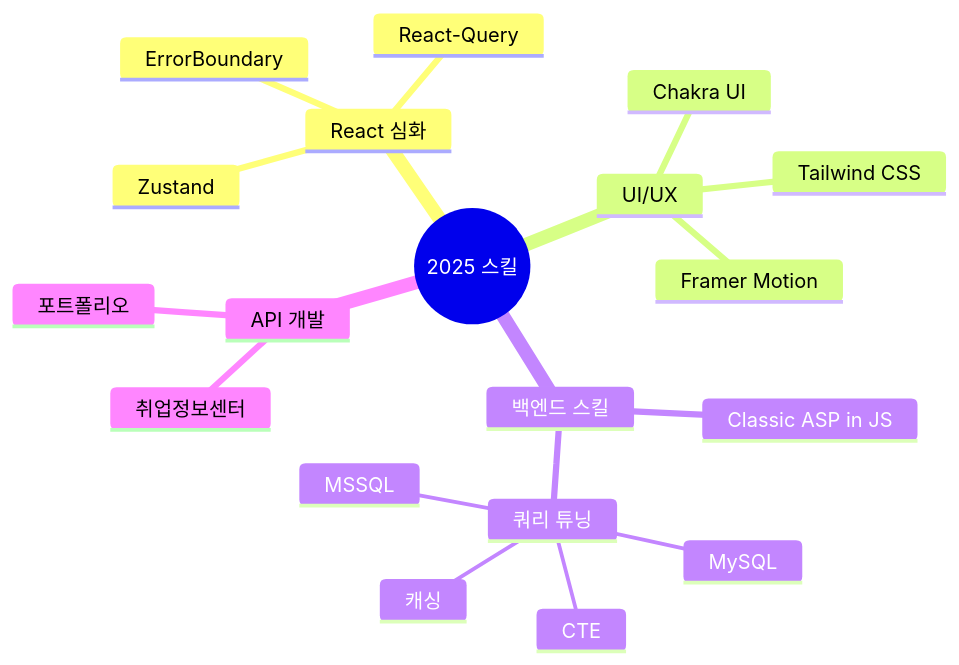
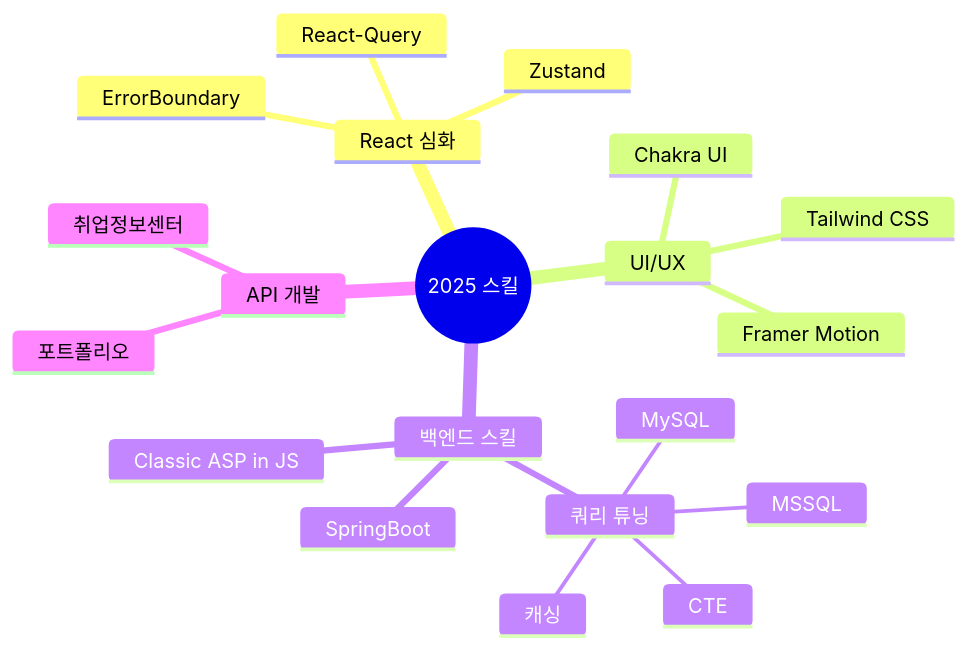
Before and after one commit to SnowsFE/SnowsFE: the diagram in README.md, drawn with Mermaid.

````diff
--- a/README.md
+++ b/README.md
@@ -145,22 +145,23 @@
 ```mermaid
 mindmap
   root((2025 스킬))
     React 심화
       Zustand
       React-Query
       ErrorBoundary
     UI/UX
       Chakra UI
       Tailwind CSS
       Framer Motion
     백엔드 스킬
       Classic ASP in JS
+      SpringBoot
       쿼리 튜닝
         MSSQL
         MySQL
         CTE
         캐싱
     API 개발
       취업정보센터
       포트폴리오
 ```
````
